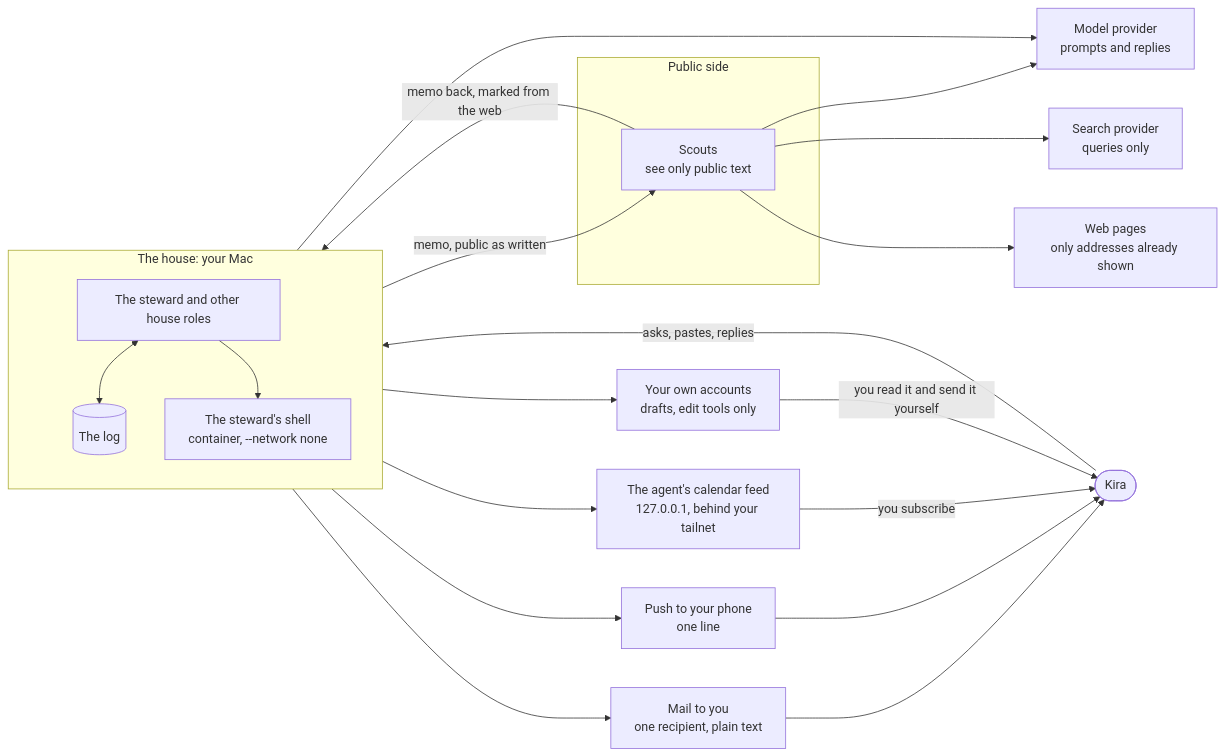
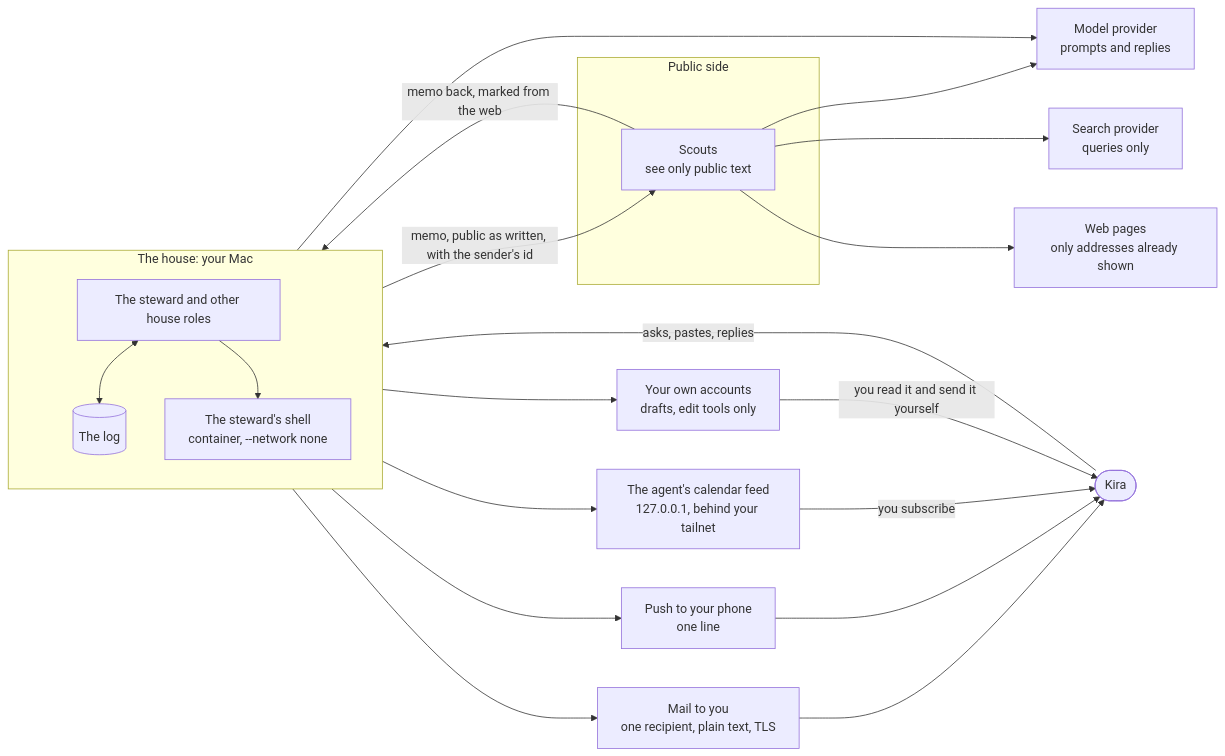
The first of 16 diagrams in docs/architecture.md (kirahowe/relay), drawn with Mermaid before and after one commit. The commit also changed other lines of this file, not shown here.

First line of the commit message:
Bring the architecture page up to date with main

````diff
--- a/docs/architecture.md
+++ b/docs/architecture.md
@@ -28,41 +29,41 @@
 ```mermaid
 flowchart LR
     kira(["Kira"])
 
     subgraph house["The house: your Mac"]
         direction TB
         steward["The steward and other house roles"]
         log[("The log")]
         shell["The steward's shell<br/>container, --network none"]
         steward <--> log
         steward --> shell
     end
 
     subgraph scoutside["Public side"]
         scout["Scouts<br/>see only public text"]
     end
 
     model["Model provider<br/>prompts and replies"]
     search["Search provider<br/>queries only"]
     web["Web pages<br/>only addresses already shown"]
     yours["Your own accounts<br/>drafts, edit tools only"]
-    mailout["Mail to you<br/>one recipient, plain text"]
+    mailout["Mail to you<br/>one recipient, plain text, TLS"]
     push["Push to your phone<br/>one line"]
     feed["The agent's calendar feed<br/>127.0.0.1, behind your tailnet"]
 
     kira -->|"asks, pastes, replies"| steward
-    steward -->|"memo, public as written"| scout
+    steward -->|"memo, public as written, with the sender's id"| scout
     scout -->|"memo back, marked from the web"| steward
     steward --> model
     scout --> model
     scout --> search
     scout --> web
     steward --> yours
     steward --> mailout
     steward --> push
     steward --> feed
     mailout --> kira
     push --> kira
     feed -->|"you subscribe"| kira
     yours -->|"you read it and send it yourself"| kira
 ```
````
